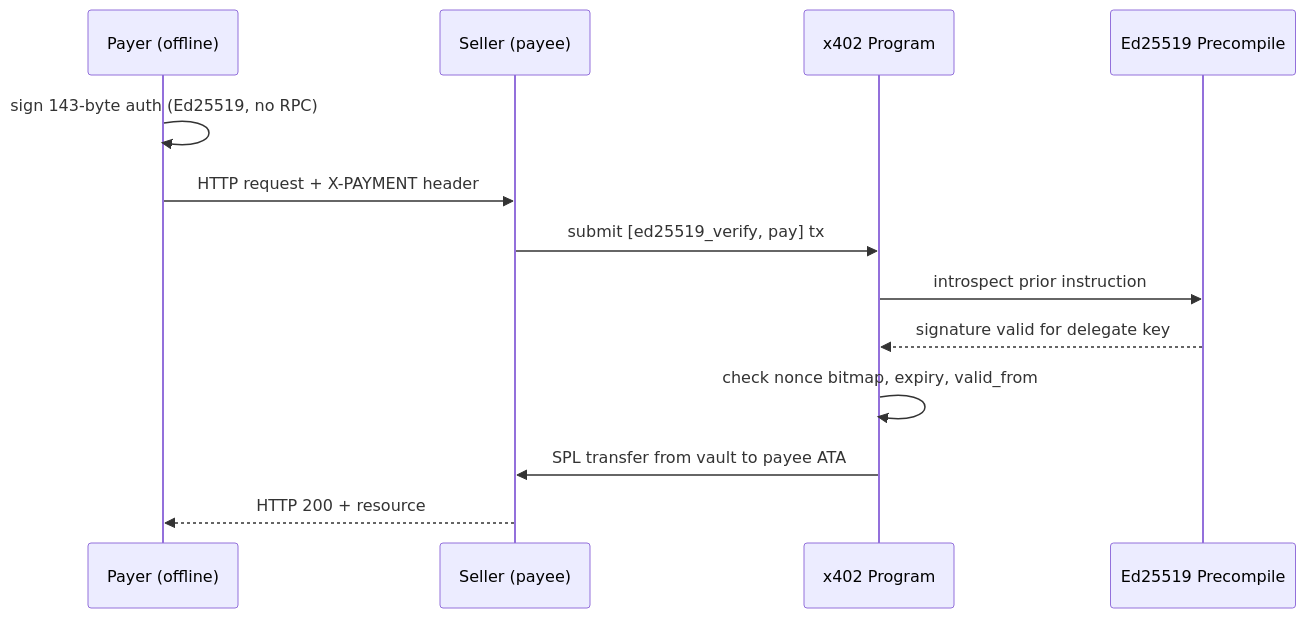
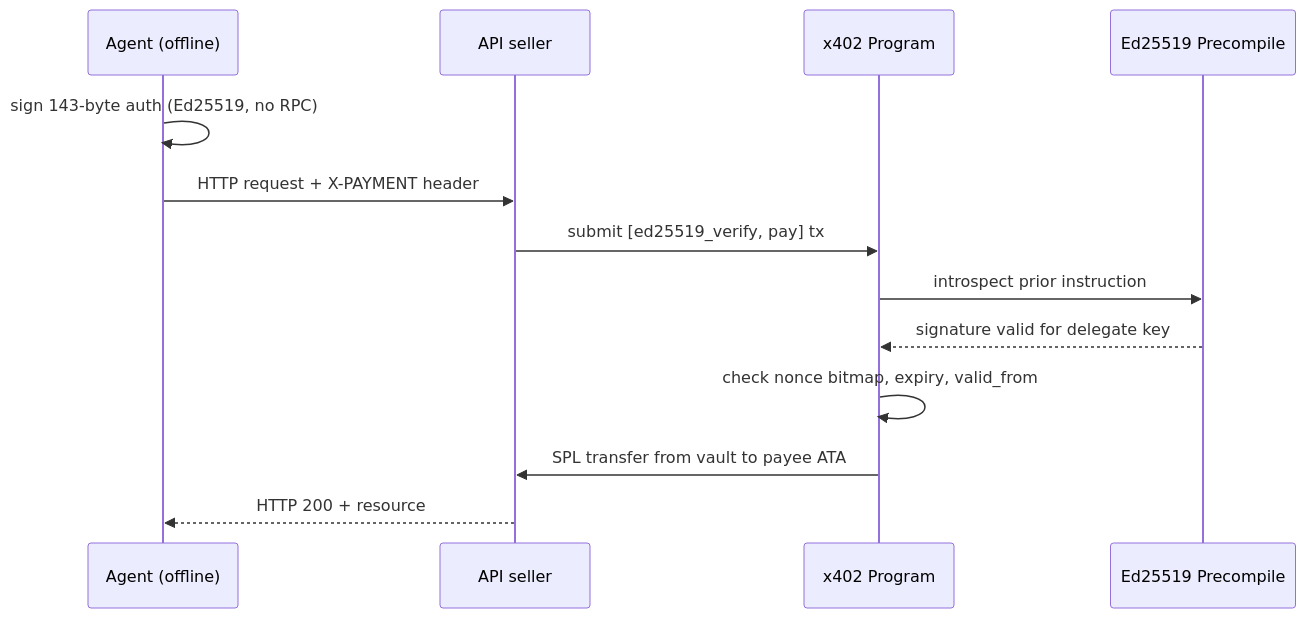
The diagram in README.md (Curved-labs/x402), drawn with Mermaid before and after one commit. The commit also changed other lines of this file, not shown here.

First line of the commit message:
docs: rewrite README around agent payment infrastructure

````diff
--- a/README.md
+++ b/README.md
@@ -75,16 +153,16 @@
 ```mermaid
 sequenceDiagram
-    participant Payer as Payer (offline)
-    participant Seller as Seller (payee)
+    participant Agent as Agent (offline)
+    participant API as API seller
     participant Program as x402 Program
     participant Ed25519 as Ed25519 Precompile
 
-    Payer->>Payer: sign 143-byte auth (Ed25519, no RPC)
-    Payer->>Seller: HTTP request + X-PAYMENT header
-    Seller->>Program: submit [ed25519_verify, pay] tx
+    Agent->>Agent: sign 143-byte auth (Ed25519, no RPC)
+    Agent->>API: HTTP request + X-PAYMENT header
+    API->>Program: submit [ed25519_verify, pay] tx
     Program->>Ed25519: introspect prior instruction
     Ed25519-->>Program: signature valid for delegate key
     Program->>Program: check nonce bitmap, expiry, valid_from
-    Program->>Seller: SPL transfer from vault to payee ATA
-    Seller-->>Payer: HTTP 200 + resource
+    Program->>API: SPL transfer from vault to payee ATA
+    API-->>Agent: HTTP 200 + resource
 ```
````
